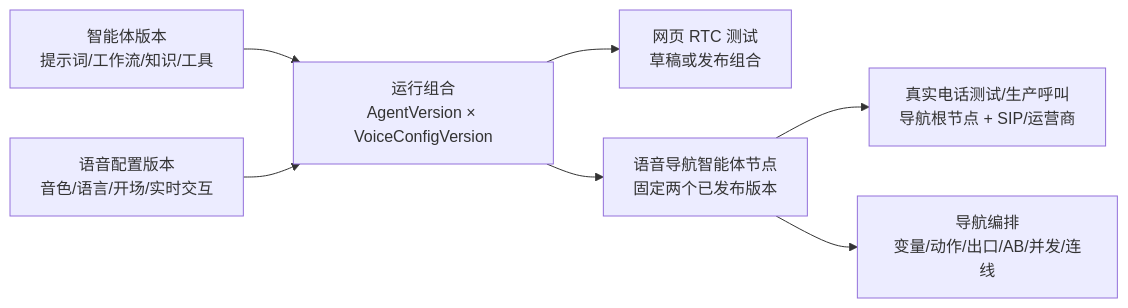
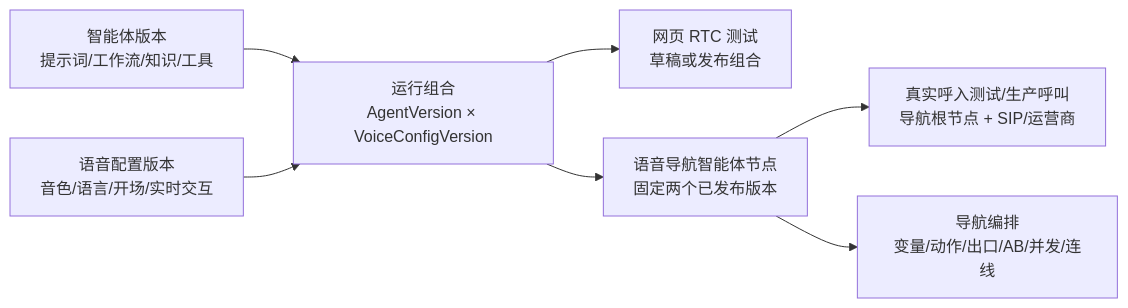
Before and after one commit to zoesuen/agent-voice-test-prototype: the diagram in 需求说明.md, drawn with Mermaid. The commit also changed other lines of this file, not shown here.

````diff
--- a/需求说明.md
+++ b/需求说明.md
@@ -24,9 +24,9 @@
 ```mermaid
 flowchart LR
   A[智能体版本\n提示词/工作流/知识/工具] --> C[运行组合\nAgentVersion × VoiceConfigVersion]
   V[语音配置版本\n音色/语言/开场/实时交互] --> C
   C --> W[网页 RTC 测试\n草稿或发布组合]
   C --> N[语音导航智能体节点\n固定两个已发布版本]
-  N --> P[真实电话测试/生产呼叫\n导航根节点 + SIP/运营商]
+  N --> P[真实呼入测试/生产呼叫\n导航根节点 + SIP/运营商]
   N --> R[导航编排\n变量/动作/出口/AB/并发/连线]
 ```
````
